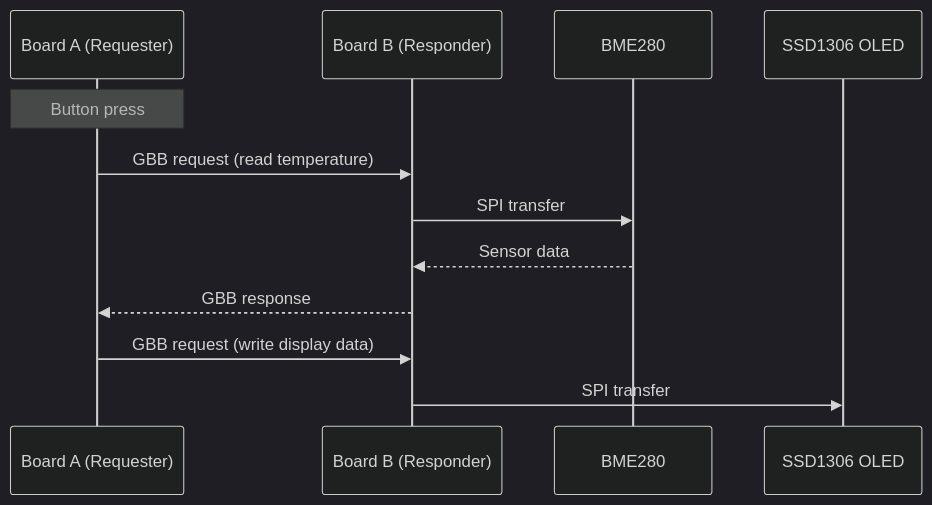
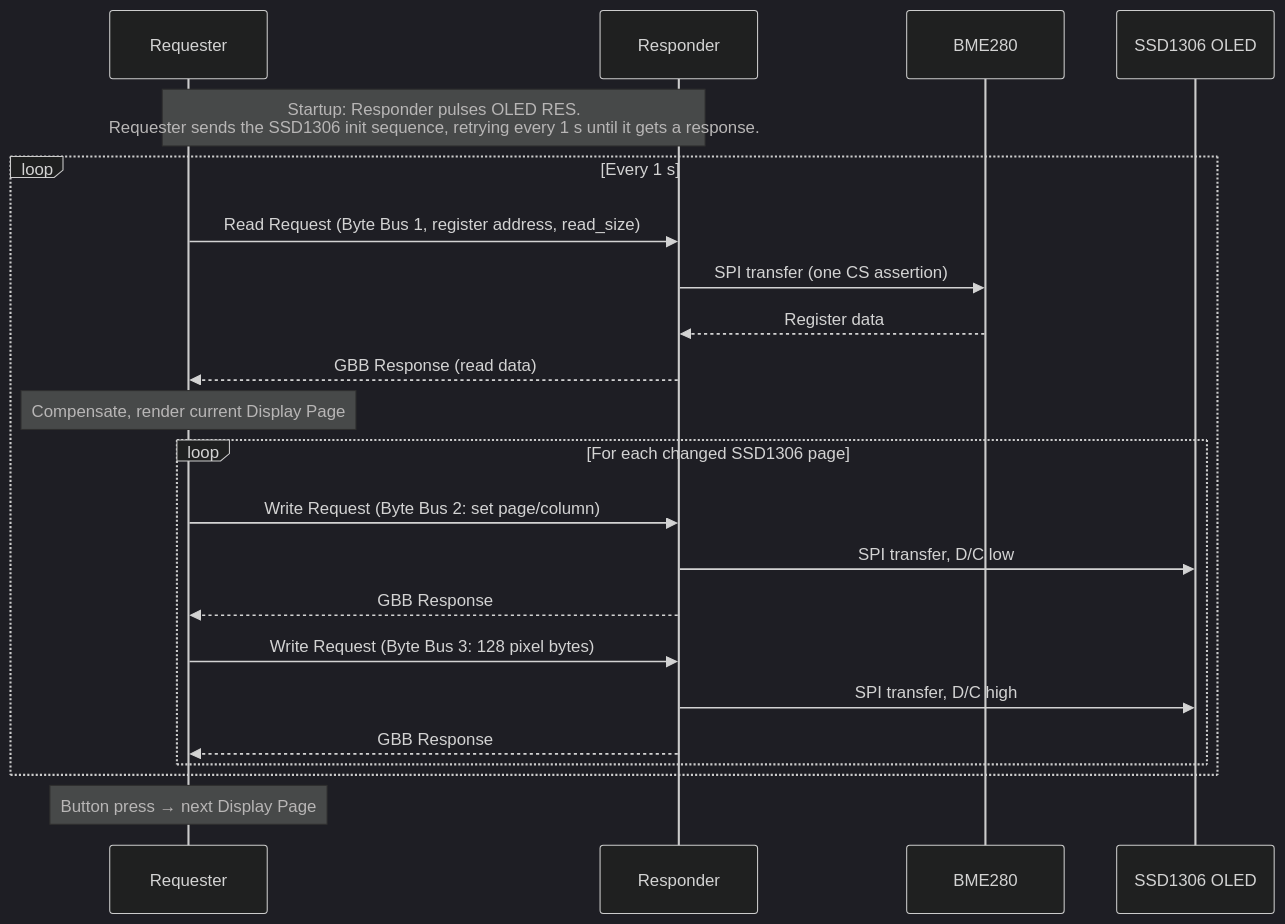
The second of 2 diagrams in docs/architecture.md (Kartoffelbauer/rts-open1722-remote-spi), drawn with Mermaid (dark theme) before and after one commit. The commit also changed other lines of this file and 8 other files, not shown here.

````diff
--- a/docs/architecture.md
+++ b/docs/architecture.md
@@ -38,15 +100,25 @@
 ```mermaid
 sequenceDiagram
-    participant A as Board A (Requester)
-    participant B as Board B (Responder)
+    participant A as Requester
+    participant B as Responder
     participant S as BME280
     participant O as SSD1306 OLED
 
-    Note over A: Button press
-    A->>B: GBB request (read temperature)
-    B->>S: SPI transfer
-    S-->>B: Sensor data
-    B-->>A: GBB response
-    A->>B: GBB request (write display data)
-    B->>O: SPI transfer
+    Note over A,B: Startup: Responder pulses OLED RES.<br/>Requester sends the SSD1306 init sequence, retrying every 1 s until it gets a response.
+    loop Every 1 s
+        A->>B: Read Request (Byte Bus 1, register address, read_size)
+        B->>S: SPI transfer (one CS assertion)
+        S-->>B: Register data
+        B-->>A: GBB Response (read data)
+        Note over A: Compensate, render current Display Page
+        loop For each changed SSD1306 page
+            A->>B: Write Request (Byte Bus 2: set page/column)
+            B->>O: SPI transfer, D/C low
+            B-->>A: GBB Response
+            A->>B: Write Request (Byte Bus 3: 128 pixel bytes)
+            B->>O: SPI transfer, D/C high
+            B-->>A: GBB Response
+        end
+    end
+    Note over A: Button press → next Display Page
 ```
````
